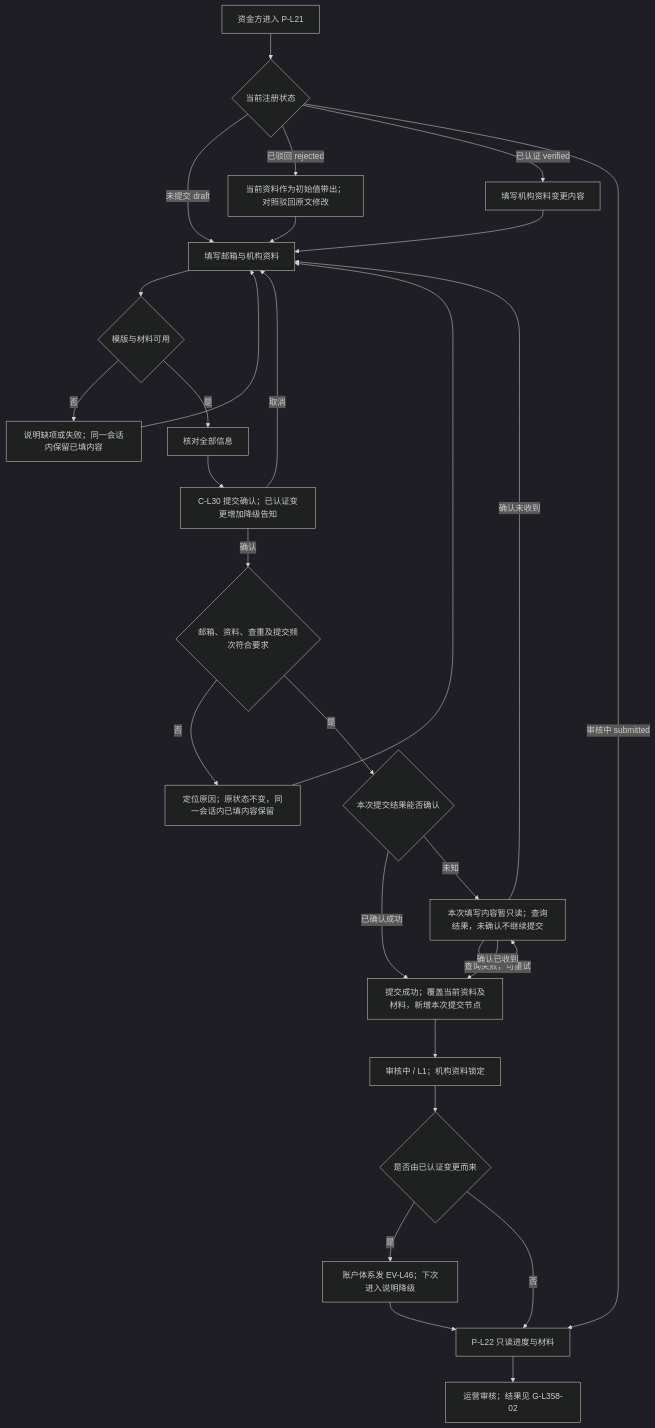
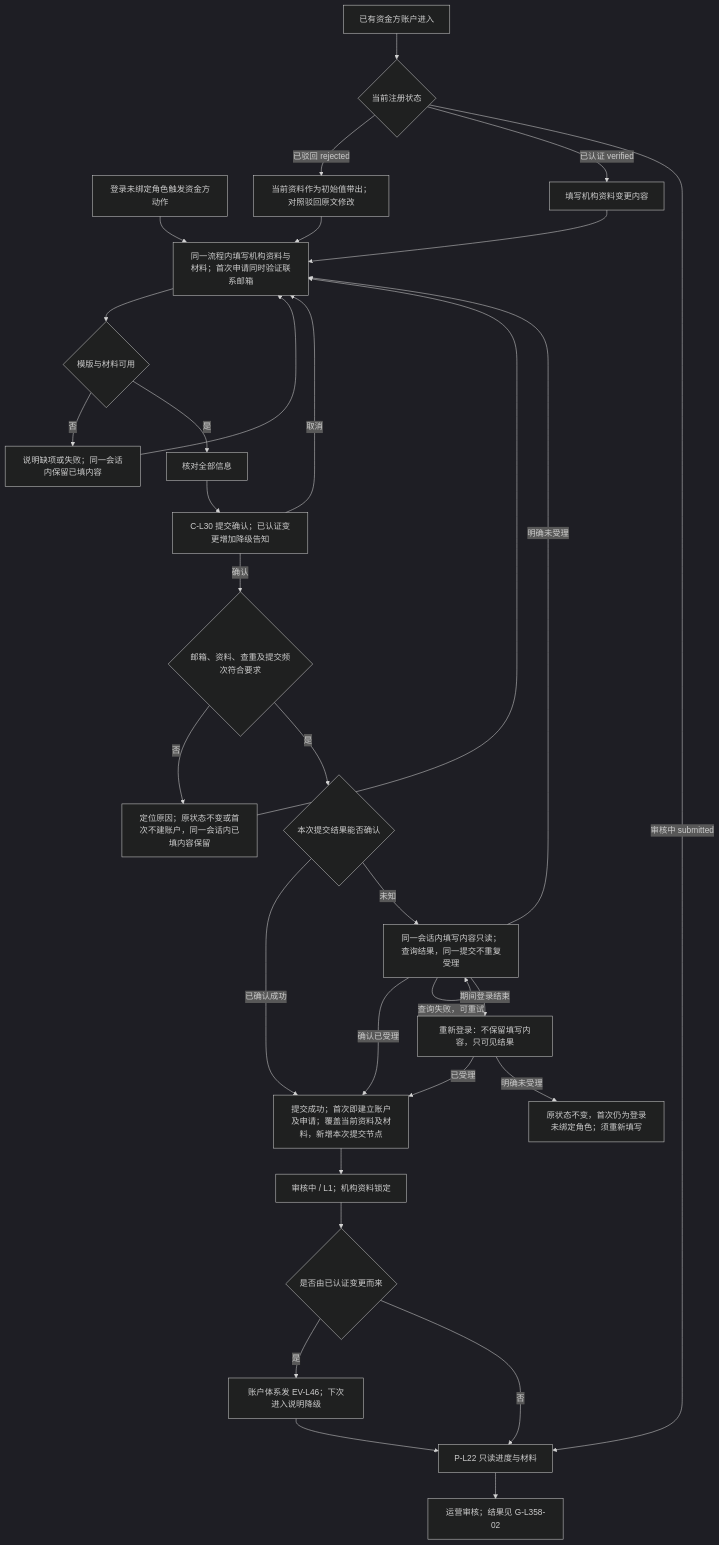
The first of 6 diagrams in lending-platform/PRD/运营端/05-资金方机构认证审核/02-资金方机构认证审核-流程图与状态机.md (wxblockchain/Chain-Financing), drawn with Mermaid (dark theme) before and after one commit. The commit also changed other lines of this file and 11 other files, not shown here.

````diff
--- a/lending-platform/PRD/运营端/05-资金方机构认证审核/02-资金方机构认证审核-流程图与状态机.md
+++ b/lending-platform/PRD/运营端/05-资金方机构认证审核/02-资金方机构认证审核-流程图与状态机.md
@@ -21,31 +21,34 @@
 ```mermaid
 flowchart TD
-    A[资金方进入 P-L21] --> B{当前注册状态}
-    B -->|未提交 draft| C[填写邮箱与机构资料]
+    A0[登录未绑定角色触发资金方动作] --> C[同一流程内填写机构资料与材料；首次申请同时验证联系邮箱]
+    A[已有资金方账户进入] --> B{当前注册状态}
     B -->|已驳回 rejected| D[当前资料作为初始值带出；对照驳回原文修改]
     B -->|已认证 verified| E[填写机构资料变更内容]
     B -->|审核中 submitted| R[P-L22 只读进度与材料]
     D --> C
     E --> C
     C --> F{模版与材料可用}
     F -->|否| G[说明缺项或失败；同一会话内保留已填内容]
     G --> C
     F -->|是| H[核对全部信息]
     H --> I[C-L30 提交确认；已认证变更增加降级告知]
     I -->|取消| C
     I -->|确认| J{邮箱、资料、查重及提交频次符合要求}
-    J -->|否| K[定位原因；原状态不变，同一会话内已填内容保留]
+    J -->|否| K[定位原因；原状态不变或首次不建账户，同一会话内已填内容保留]
     K --> C
     J -->|是| V{本次提交结果能否确认}
-    V -->|已确认成功| L[提交成功；覆盖当前资料及材料，新增本次提交节点]
-    V -->|未知| W[本次填写内容暂只读；查询结果，未确认不继续提交]
+    V -->|已确认成功| L[提交成功；首次即建立账户及申请；覆盖当前资料及材料，新增本次提交节点]
+    V -->|未知| W[同一会话内填写内容只读；查询结果，同一提交不重复受理]
     W -->|查询失败，可重试| W
-    W -->|确认未收到| C
-    W -->|确认已收到| L
+    W -->|明确未受理| C
+    W -->|确认已受理| L
+    W -->|期间登录结束| X[重新登录：不保留填写内容，只可见结果]
+    X -->|已受理| L
+    X -->|明确未受理| Y[原状态不变，首次仍为登录未绑定角色；须重新填写]
     L --> M[审核中 / L1；机构资料锁定]
     M --> N{是否由已认证变更而来}
     N -->|是| O[账户体系发 EV-L46；下次进入说明降级]
     N -->|否| R
     O --> R
     R --> S[运营审核；结果见 G-L358-02]
 ```
````
